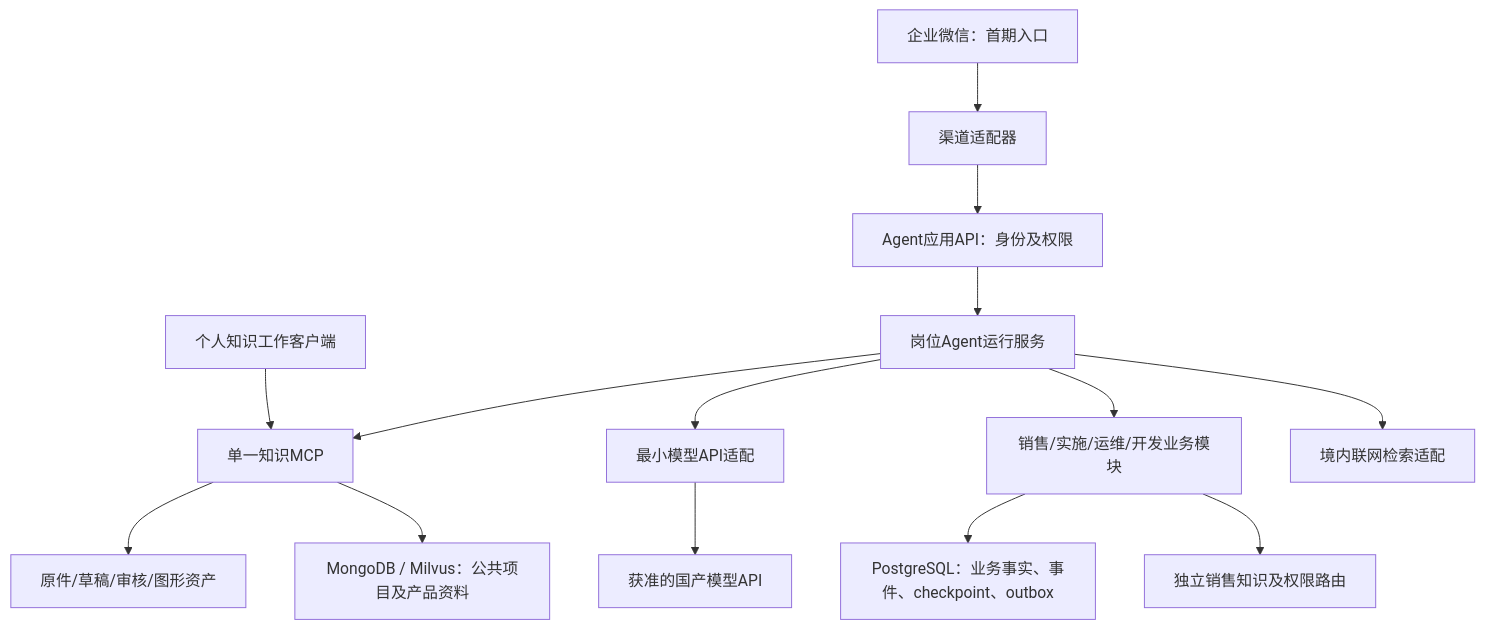
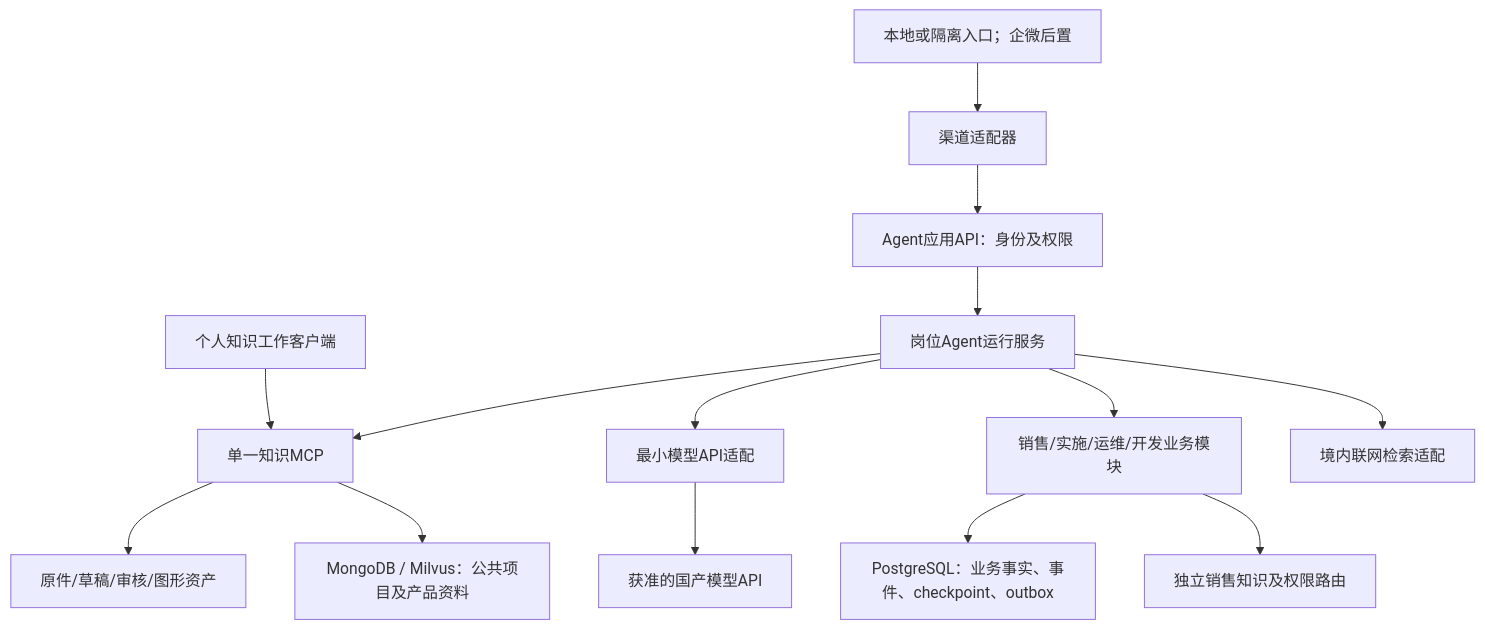
One commit to Mikajin1206/knowledge-distillation changed the first of 3 diagrams in docs/02-总体架构与开发文档.md. Above: the diagram before and after it, drawn with Mermaid. The commit also changed other lines of this file and 15 other files, not shown here.

````diff
--- a/docs/02-总体架构与开发文档.md
+++ b/docs/02-总体架构与开发文档.md
@@ -33,16 +33,16 @@
 ```mermaid
 flowchart TB
-    A[企业微信：首期入口] --> B[渠道适配器]
+    A[本地或隔离入口；企微后置] --> B[渠道适配器]
     C[个人知识工作客户端] --> E[单一知识MCP]
     B --> F[Agent应用API：身份及权限]
     F --> G[岗位Agent运行服务]
     G --> E
     G --> D[最小模型API适配]
     G --> H[销售/实施/运维/开发业务模块]
     G --> I[境内联网检索适配]
     H --> J[PostgreSQL：业务事实、事件、checkpoint、outbox]
     E --> K[原件/草稿/审核/图形资产]
     E --> L[MongoDB / Milvus：公共项目及产品资料]
     H --> M[独立销售知识及权限路由]
     D --> N[获准的国产模型API]
 ```
````
